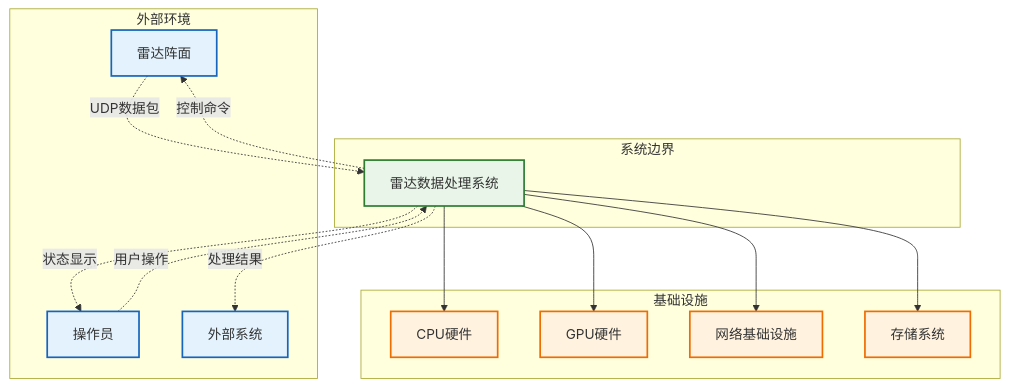
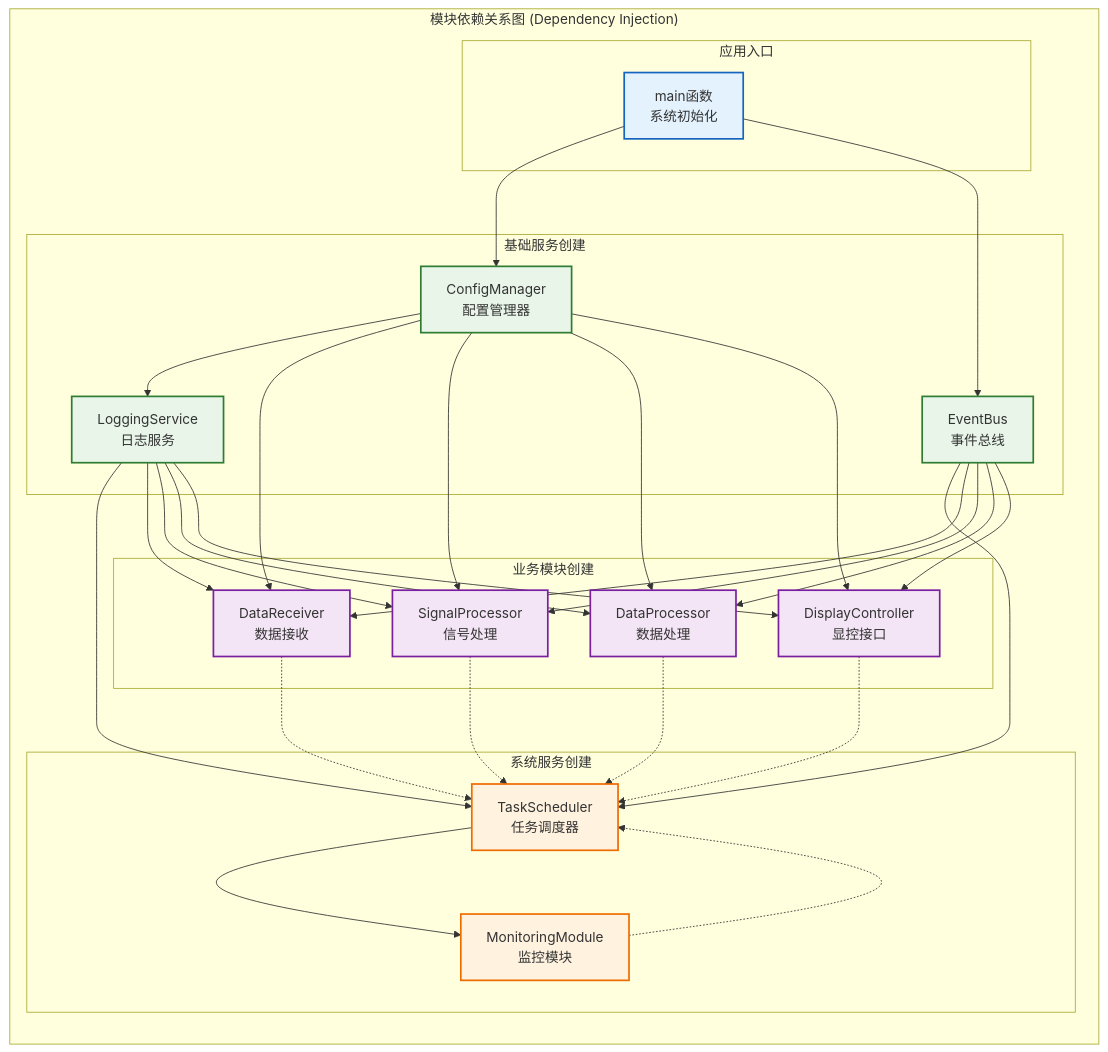
Before and after one commit to wendizhou99-cell/Radar: the third of 26 diagrams in docs/01_项目设计/01_项目设计/03_系统架构总览.md, drawn with Mermaid. The commit also changed other lines of this file and 27 other files, not shown here.

````diff
--- a/docs/01_项目设计/01_项目设计/03_系统架构总览.md
+++ b/docs/01_项目设计/01_项目设计/03_系统架构总览.md
@@ -58,40 +215,72 @@
 ```mermaid
-graph TB
-    subgraph 外部环境
-        RADAR_ARRAY[雷达阵面]
-        OPERATOR[操作员]
-        EXTERNAL_SYS[外部系统]
+graph TD
+    subgraph "模块依赖关系图 (Dependency Injection)"
+        direction TB
+
+        subgraph "应用入口"
+            Main[main函数<br/>系统初始化]
+        end
+
+        subgraph "基础服务创建"
+            ConfigMgr[ConfigManager<br/>配置管理器]
+            EventBusImpl[EventBus<br/>事件总线]
+            LogSvc[LoggingService<br/>日志服务]
+        end
+
+        subgraph "系统服务创建"
+            TaskSched[TaskScheduler<br/>任务调度器]
+            Monitor[MonitoringModule<br/>监控模块]
+        end
+
+        subgraph "业务模块创建"
+            DataRec[DataReceiver<br/>数据接收]
+            SigProc[SignalProcessor<br/>信号处理]
+            DataProc[DataProcessor<br/>数据处理]
+            Display[DisplayController<br/>显控接口]
+        end
+
+        %% 创建与依赖流（实线：创建顺序和构造函数注入）
+        Main --> ConfigMgr
+        Main --> EventBusImpl
+        ConfigMgr --> LogSvc
+
+        LogSvc --> TaskSched
+        EventBusImpl --> TaskSched
+
+        TaskSched --> Monitor
+
+        %% 业务模块创建和依赖注入（实线：所有依赖均通过构造函数注入）
+        ConfigMgr --> DataRec
+        EventBusImpl --> DataRec
+        LogSvc --> DataRec
+
+        ConfigMgr --> SigProc
+        EventBusImpl --> SigProc
+        LogSvc --> SigProc
+
+        ConfigMgr --> DataProc
+        EventBusImpl --> DataProc
+        LogSvc --> DataProc
+
+        ConfigMgr --> Display
+        EventBusImpl --> Display
+        LogSvc --> Display
+
+        %% 模块注册（虚线：注册到调度器）
+        DataRec -.-> TaskSched
+        SigProc -.-> TaskSched
+        DataProc -.-> TaskSched
+        Display -.-> TaskSched
+        Monitor -.-> TaskSched
     end
 
-    subgraph 系统边界
-        RADAR_SYSTEM[雷达数据处理系统]
-    end
+    classDef entry fill:#e3f2fd,stroke:#1565c0,stroke-width:2px
+    classDef base fill:#e8f5e8,stroke:#2e7d32,stroke-width:2px
+    classDef system fill:#fff3e0,stroke:#ef6c00,stroke-width:2px
+    classDef business fill:#f3e5f5,stroke:#7b1fa2,stroke-width:2px
 
-    subgraph 基础设施
-        CPU_HARDWARE[CPU硬件]
-        GPU_HARDWARE[GPU硬件]
-        NETWORK_INFRA[网络基础设施]
-        STORAGE_SYS[存储系统]
-    end
-
-    %% 外部交互
-    RADAR_ARRAY -.->|UDP数据包| RADAR_SYSTEM
-    RADAR_SYSTEM -.->|控制命令| RADAR_ARRAY
-    OPERATOR -.->|用户操作| RADAR_SYSTEM
-    RADAR_SYSTEM -.->|状态显示| OPERATOR
-    RADAR_SYSTEM -.->|处理结果| EXTERNAL_SYS
-
-    %% 基础设施依赖
-    RADAR_SYSTEM --> CPU_HARDWARE
-    RADAR_SYSTEM --> GPU_HARDWARE
-    RADAR_SYSTEM --> NETWORK_INFRA
-    RADAR_SYSTEM --> STORAGE_SYS
-
-    classDef external fill:#e3f2fd,stroke:#1565c0,stroke-width:2px
-    classDef system fill:#e8f5e8,stroke:#2e7d32,stroke-width:2px
-    classDef infrastructure fill:#fff3e0,stroke:#ef6c00,stroke-width:2px
-
-    class RADAR_ARRAY,OPERATOR,EXTERNAL_SYS external
-    class RADAR_SYSTEM system
-    class CPU_HARDWARE,GPU_HARDWARE,NETWORK_INFRA,STORAGE_SYS infrastructure
+    class Main entry
+    class ConfigMgr,EventBusImpl,LogSvc base
+    class TaskSched,Monitor system
+    class DataRec,SigProc,DataProc,Display business
 ```
````
